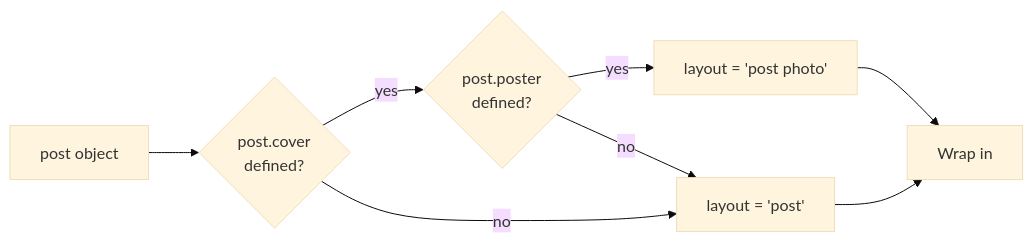
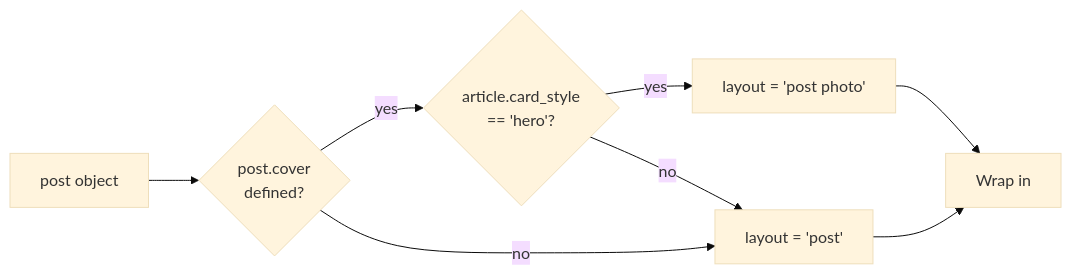
The third of 10 diagrams in docs/knowledge/03-内容系统/post-lists-cards.md (xaoxuu/hexo-theme-stellar), drawn with Mermaid (base theme) before and after one commit. The commit also changed other lines of this file and 17 other files, not shown here.

Commit message:
feat(article): 新增 card_style（hero/classic）并移除 poster 配置，统一小字取值

````diff
--- a/docs/knowledge/03-内容系统/post-lists-cards.md
+++ b/docs/knowledge/03-内容系统/post-lists-cards.md
@@ -123,17 +123,17 @@
 ```mermaid
 graph LR
     PostObject["post object"]
     CheckCover{"post.cover<br/>defined?"}
-    CheckPoster{"post.poster<br/>defined?"}
+    CheckCardStyle{"article.card_style<br/>== 'hero'?"}
     PhotoLayout["layout = 'post photo'"]
     DefaultLayout["layout = 'post'"]
     WrapHTML["Wrap in <a class='post-card {layout}'>"]
     
     PostObject --> CheckCover
-    CheckCover -->|"yes"| CheckPoster
+    CheckCover -->|"yes"| CheckCardStyle
     CheckCover -->|"no"| DefaultLayout
-    CheckPoster -->|"yes"| PhotoLayout
-    CheckPoster -->|"no"| DefaultLayout
+    CheckCardStyle -->|"yes"| PhotoLayout
+    CheckCardStyle -->|"no"| DefaultLayout
     PhotoLayout --> WrapHTML
     DefaultLayout --> WrapHTML
 ```
````
